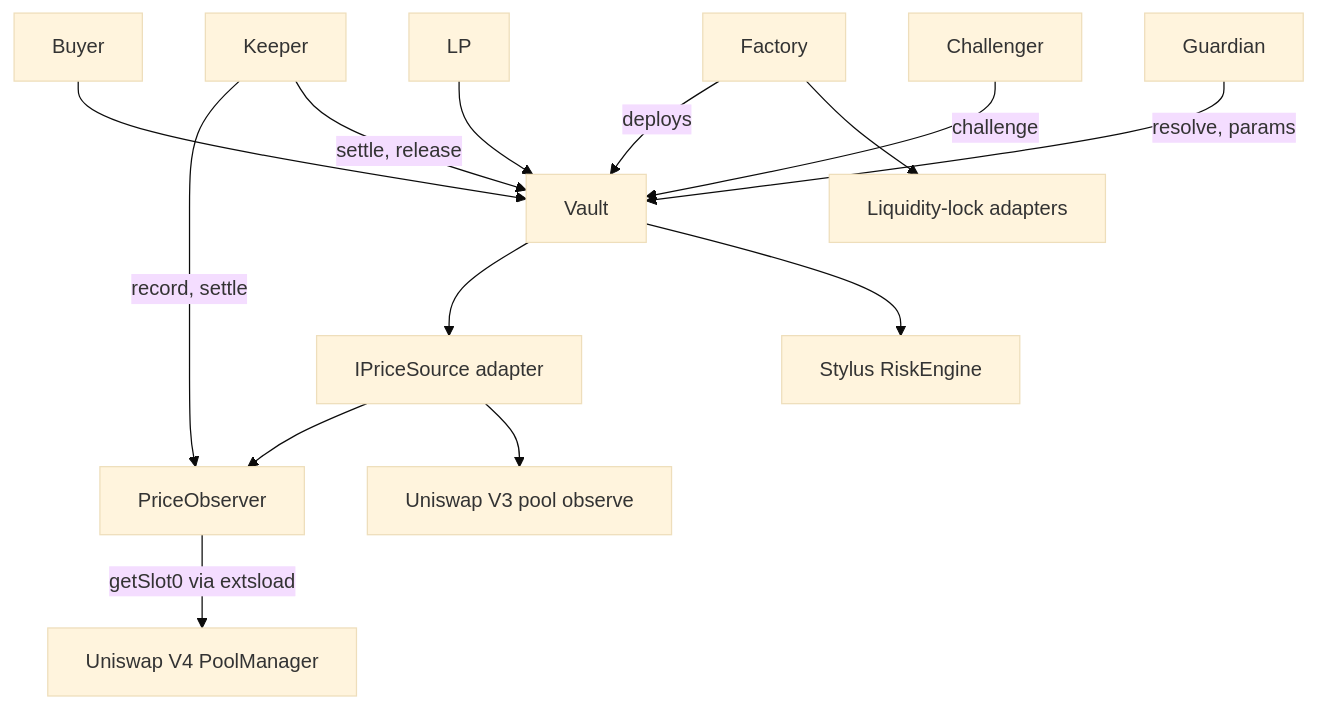
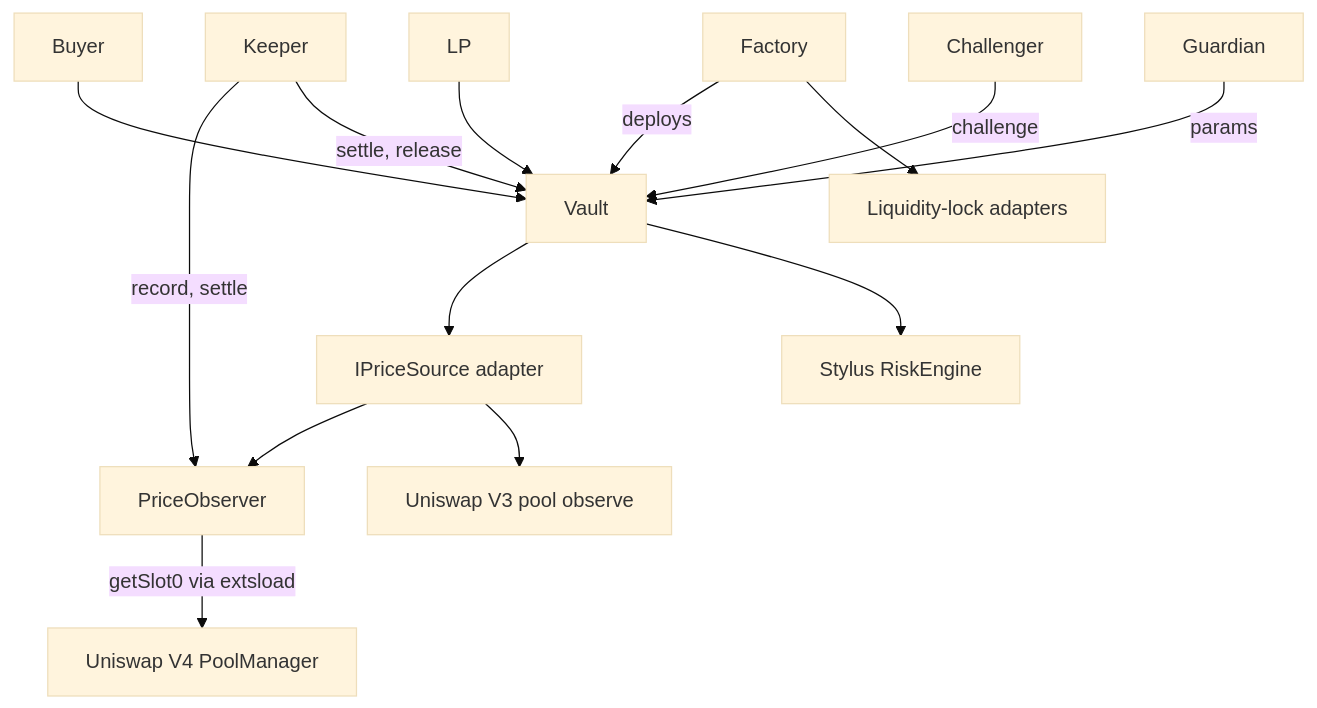
Before and after one commit to demigohu/paraape: the diagram in docs/PRD.md, drawn with Mermaid (base theme). The commit also changed other lines of this file and 112 other files, not shown here.

````diff
--- a/docs/PRD.md
+++ b/docs/PRD.md
@@ -401,16 +397,16 @@
 ```mermaid
 flowchart TB
   Buyer --> Vault
   LP --> Vault
   Keeper -->|record, settle| Observer
   Keeper -->|settle, release| Vault
   Challenger -->|challenge| Vault
-  Guardian -->|resolve, params| Vault
+  Guardian -->|params| Vault
   Factory -->|deploys| Vault
   Vault --> Adapter[IPriceSource adapter]
   Adapter --> Observer[PriceObserver]
   Adapter --> V3[Uniswap V3 pool observe]
   Observer -->|getSlot0 via extsload| PM[Uniswap V4 PoolManager]
   Vault --> Engine[Stylus RiskEngine]
   Factory --> Lock[Liquidity-lock adapters]
 ```
````
